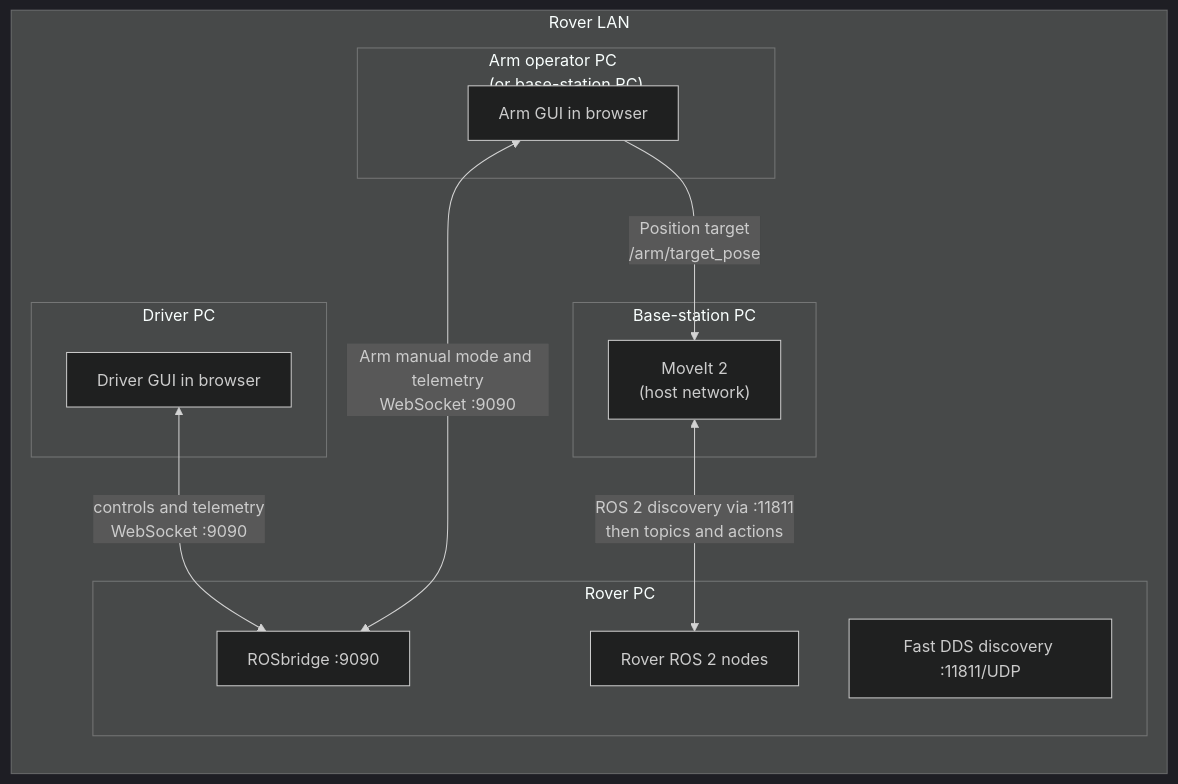
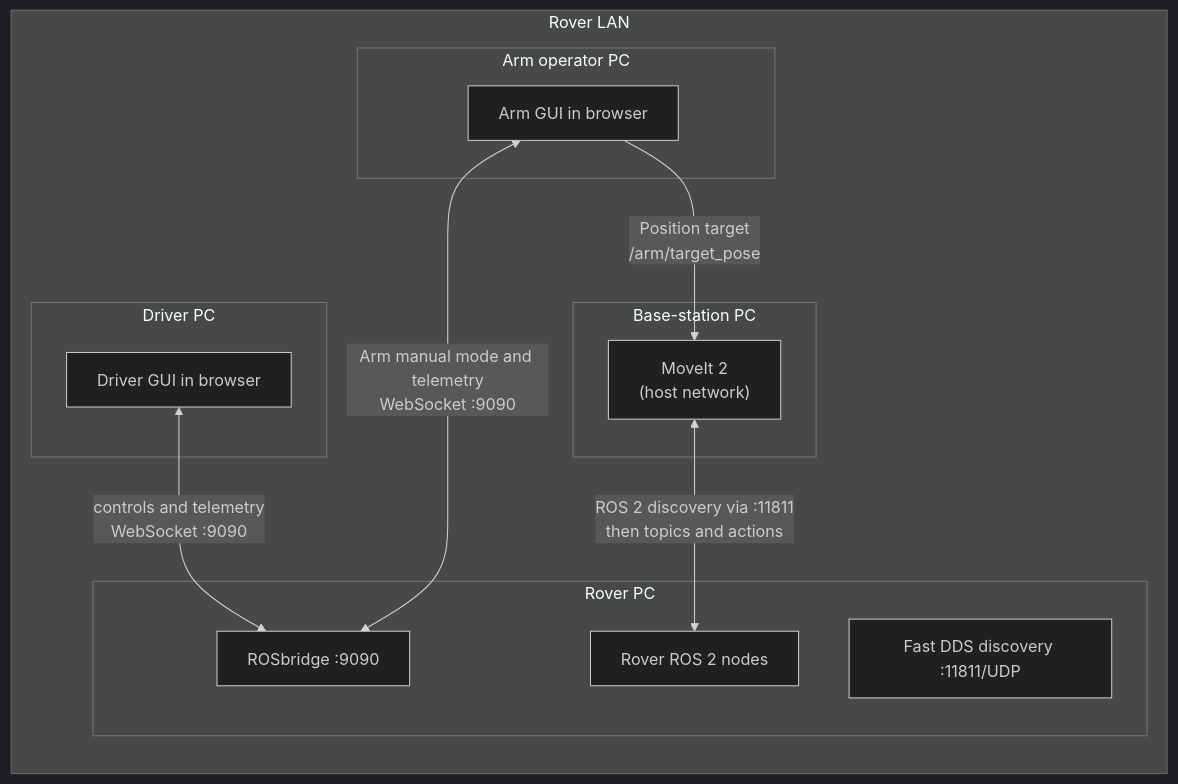
One commit to deakin-robotics/Chasmata-2027 changed the first of 2 diagrams in basestation/docs/networking.md. Above: the diagram before and after it, drawn with Mermaid (dark theme). The commit also changed other lines of this file and 1 other file, not shown here.

Commit message:
Update base station docs to separate Arm PC with basestation PC

````diff
--- a/basestation/docs/networking.md
+++ b/basestation/docs/networking.md
@@ -11,28 +11,28 @@
 ```mermaid
 flowchart LR
     subgraph lan["Rover LAN"]
         subgraph roverPC["Rover PC"]
             ros["Rover ROS 2 nodes"]
             bridge["ROSbridge :9090"]
             discovery["Fast DDS discovery :11811/UDP"]
         end
 
         subgraph basePC["Base-station PC"]
             moveit["MoveIt 2\n(host network)"]
         end
 
         subgraph driverPC["Driver PC"]
             driver["Driver GUI in browser"]
         end
 
-        subgraph armPC["Arm operator PC\n(or base-station PC)"]
+        subgraph armPC["Arm operator PC"]
             arm["Arm GUI in browser"]
         end
 
         driver <-->|"controls and telemetry\nWebSocket :9090"| bridge
         arm <-->|"Arm manual mode and telemetry\nWebSocket :9090"| bridge
         moveit <-->|"ROS 2 discovery via :11811\nthen topics and actions"| ros
         arm -->|"Position target\n/arm/target_pose"| moveit
     end
 
 ```
````
